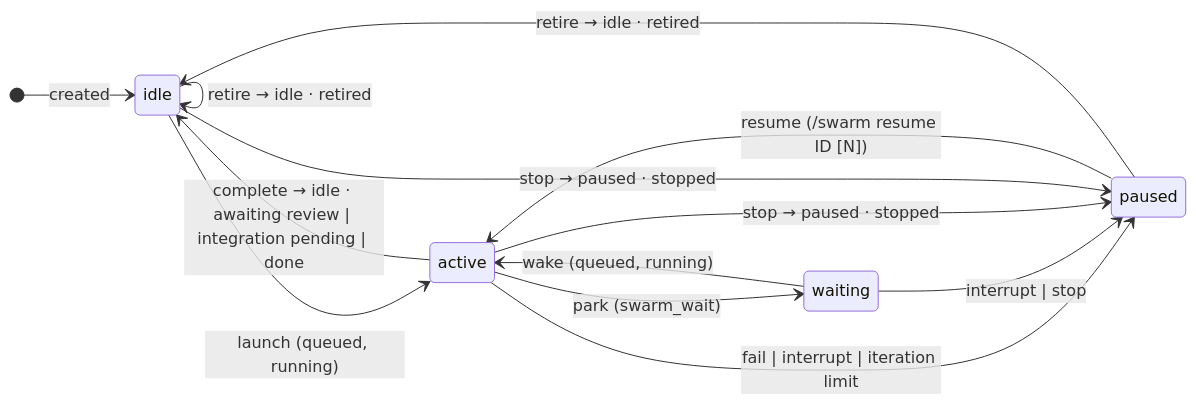
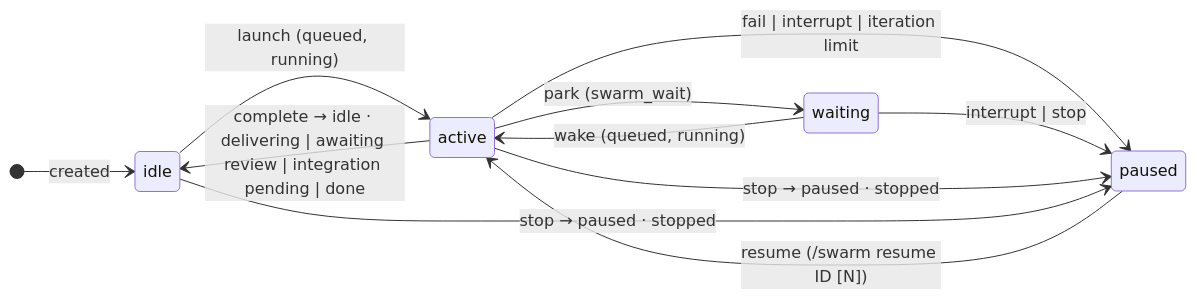
Before and after one commit to alexschlessinger/polly: the diagram in API.md, drawn with Mermaid. The commit also changed other lines of this file and 78 other files, not shown here.

````diff
--- a/API.md
+++ b/API.md
@@ -585,16 +585,14 @@
 ```mermaid
 stateDiagram-v2
     direction LR
     [*] --> idle: created
     idle --> active: launch (queued, running)
     active --> waiting: park (swarm_wait)
     waiting --> active: wake (queued, running)
-    active --> idle: complete → idle · awaiting review | integration pending | done
+    active --> idle: complete → idle · delivering | awaiting review | integration pending | done
     active --> paused: fail | interrupt | iteration limit
     waiting --> paused: interrupt | stop
     paused --> active: resume (/swarm resume ID [N])
     active --> paused: stop → paused · stopped
     idle --> paused: stop → paused · stopped
-    idle --> idle: retire → idle · retired
-    paused --> idle: retire → idle · retired
 ```
````
